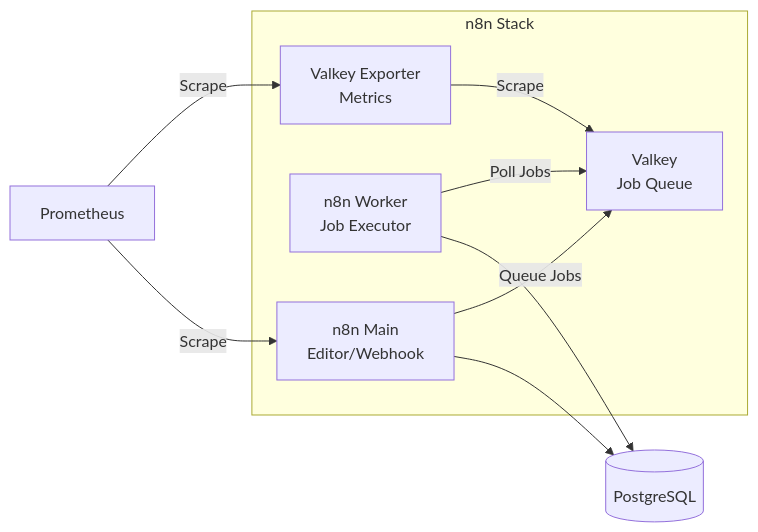
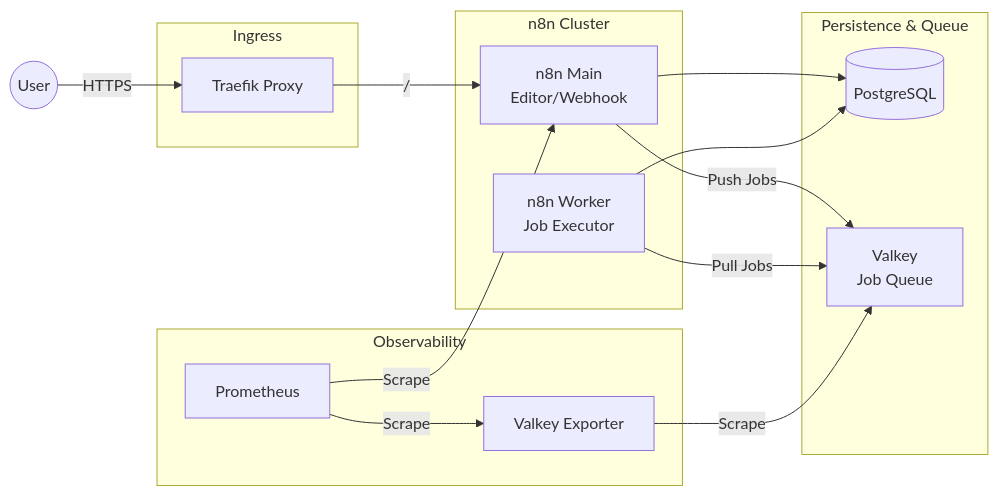
The diagram in Infra/n8n/README.md (buenhyden/hy-home.docker), drawn with Mermaid before and after one commit. The commit also changed other lines of this file, not shown here.

````diff
--- a/Infra/n8n/README.md
+++ b/Infra/n8n/README.md
@@ -7,20 +7,33 @@
 ```mermaid
 graph LR
-    subgraph "n8n Stack"
+    subgraph "Ingress"
+        GW[Traefik Proxy]
+    end
+
+    subgraph "n8n Cluster"
         N[n8n Main<br/>Editor/Webhook]
         W[n8n Worker<br/>Job Executor]
-        V[Valkey<br/>Job Queue]
-        E[Valkey Exporter<br/>Metrics]
     end
     
-    PG[(PostgreSQL)]
-    P[Prometheus]
+    subgraph "Persistence & Queue"
+        PG[(PostgreSQL)]
+        V[Valkey<br/>Job Queue]
+    end
     
-    N -->|Queue Jobs| V
-    W -->|Poll Jobs| V
+    subgraph "Observability"
+        E[Valkey Exporter]
+        P[Prometheus]
+    end
+
+    User((User)) -->|HTTPS| GW
+    GW -->|/| N
+    
+    N -->|Push Jobs| V
+    W -->|Pull Jobs| V
     N --> PG
     W --> PG
+    
     E -->|Scrape| V
     P -->|Scrape| E
     P -->|Scrape| N
 ```
````
